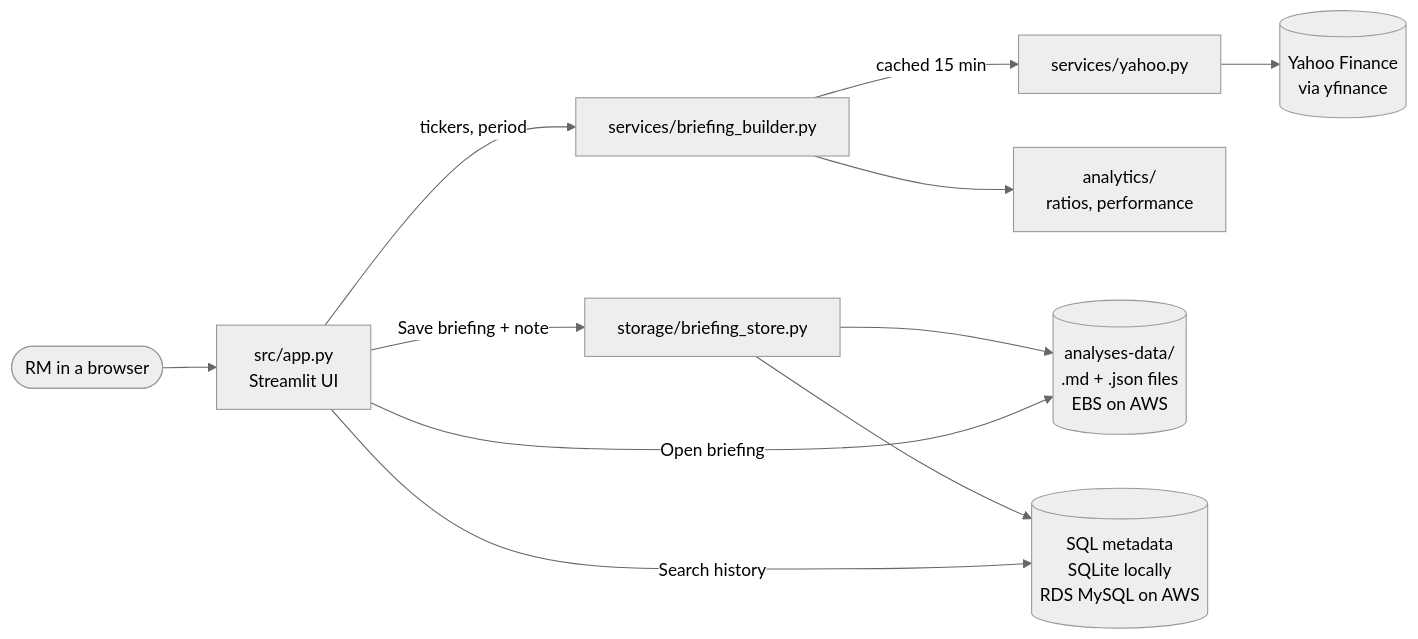
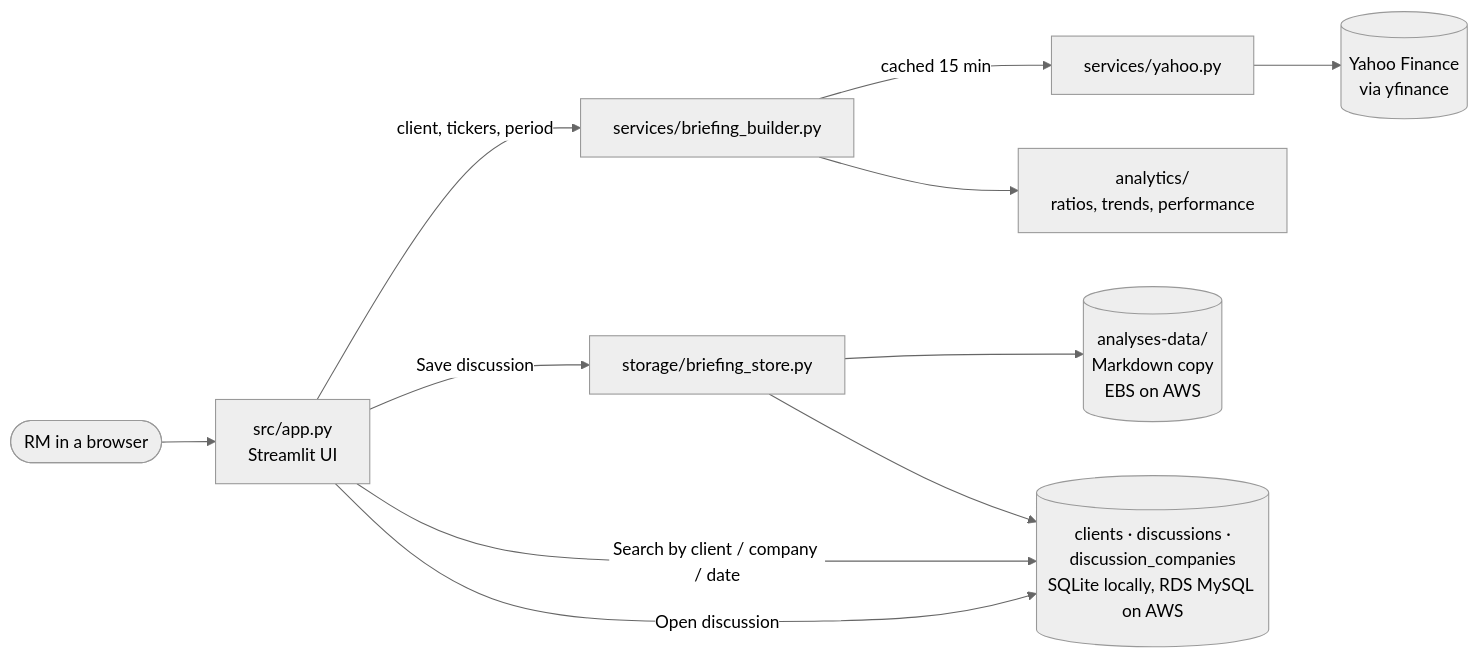
The first of 2 diagrams in README.md (fazly-effendy/smu-cce-starter-Fazly), drawn with Mermaid (neutral theme) before and after one commit. The commit also changed other lines of this file and 18 other files, not shown here.

````diff
--- a/README.md
+++ b/README.md
@@ -125,12 +136,12 @@
 ```mermaid
 flowchart LR
     RM([RM in a browser]) --> UI[src/app.py<br/>Streamlit UI]
-    UI -->|tickers, period| B[services/briefing_builder.py]
+    UI -->|client, tickers, period| B[services/briefing_builder.py]
     B -->|cached 15 min| Y[services/yahoo.py] --> YF[(Yahoo Finance<br/>via yfinance)]
-    B --> A[analytics/<br/>ratios, performance]
-    UI -->|Save briefing + note| S[storage/briefing_store.py]
-    S --> F[(analyses-data/<br/>.md + .json files<br/>EBS on AWS)]
-    S --> D[(SQL metadata<br/>SQLite locally<br/>RDS MySQL on AWS)]
-    UI -->|Search history| D
-    UI -->|Open briefing| F
+    B --> A[analytics/<br/>ratios, trends, performance]
+    UI -->|Save discussion| S[storage/briefing_store.py]
+    S --> F[(analyses-data/<br/>Markdown copy<br/>EBS on AWS)]
+    S --> D[(clients · discussions ·<br/>discussion_companies<br/>SQLite locally, RDS MySQL on AWS)]
+    UI -->|Search by client / company / date| D
+    UI -->|Open discussion| D
 ```
````
